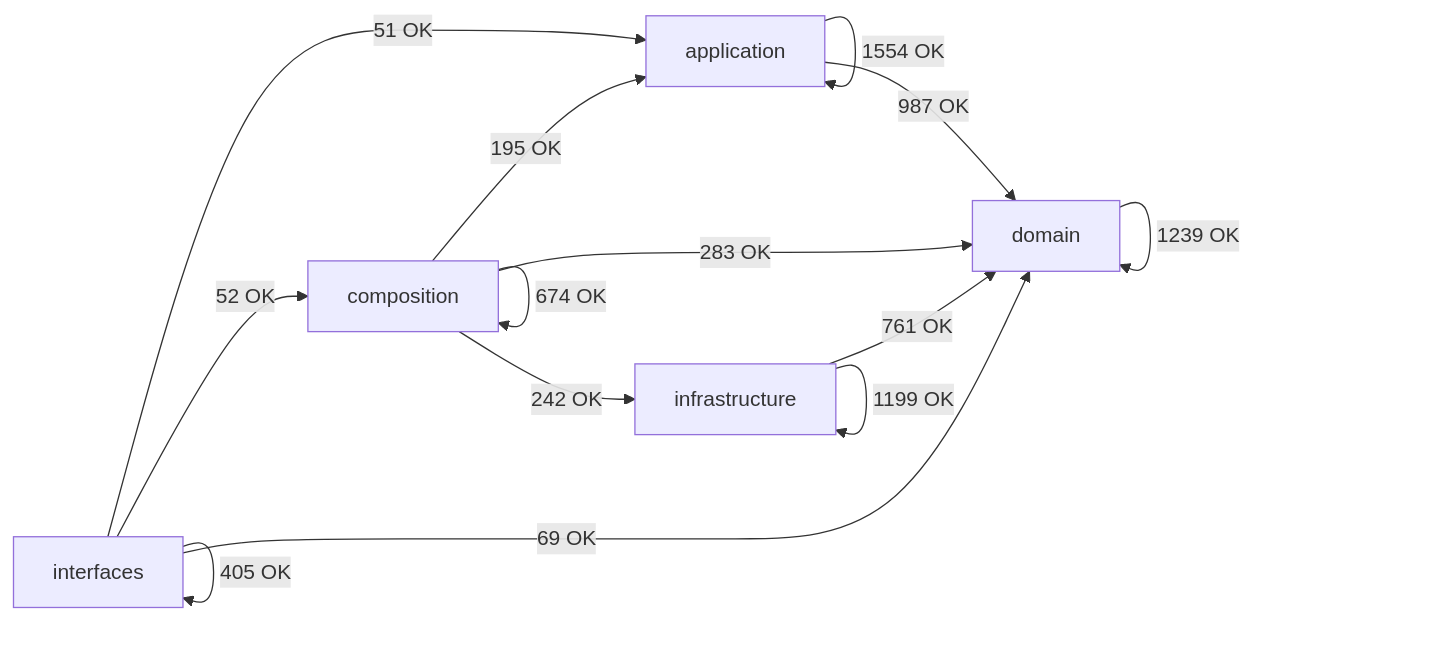
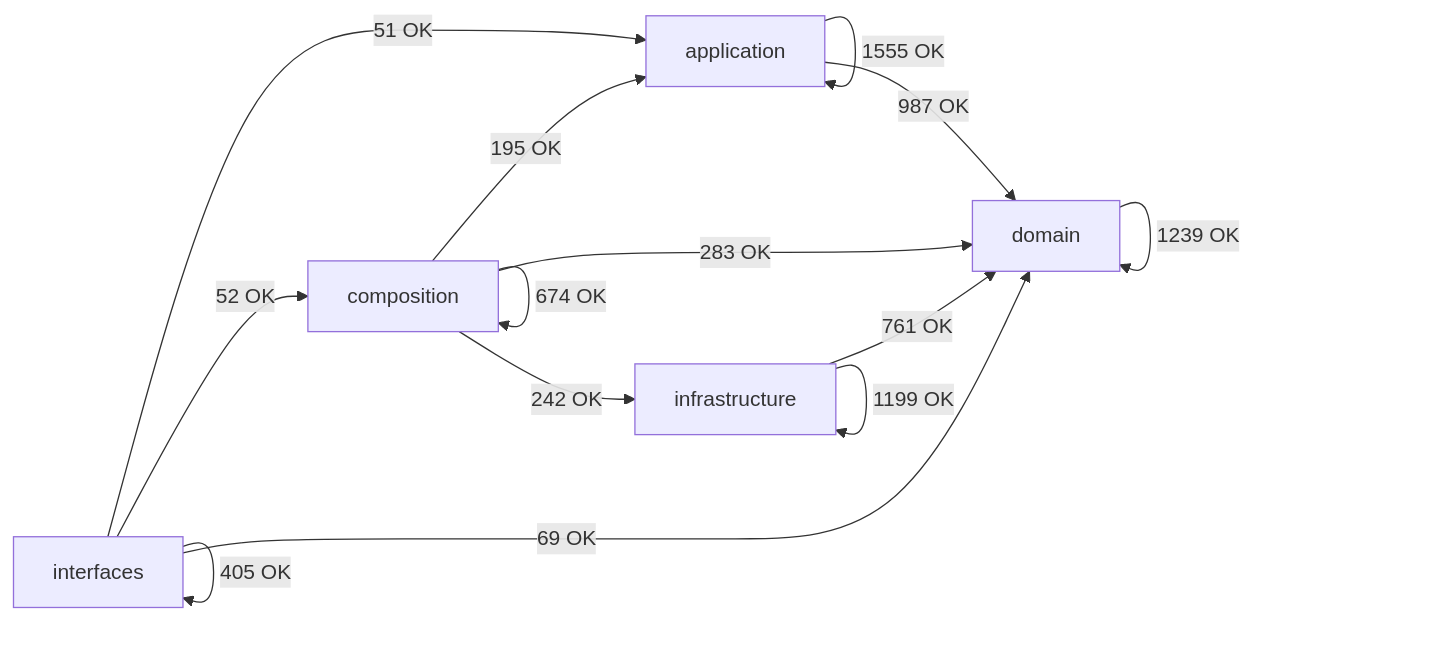
One commit to SatoryKono/BioactivityDataAcquisition changed the diagram in docs/02-architecture/generated/module-dependency-map.md. Above: the diagram before and after it, drawn with Mermaid. The commit also changed other lines of this file and 36 other files, not shown here.

````diff
--- a/docs/02-architecture/generated/module-dependency-map.md
+++ b/docs/02-architecture/generated/module-dependency-map.md
@@ -17,21 +17,21 @@
 ```mermaid
 flowchart LR
     domain[domain]
     application[application]
     infrastructure[infrastructure]
     composition[composition]
     interfaces[interfaces]
-    application -->|1554 OK| application
+    application -->|1555 OK| application
     application -->|987 OK| domain
     composition -->|195 OK| application
     composition -->|674 OK| composition
     composition -->|283 OK| domain
     composition -->|242 OK| infrastructure
     domain -->|1239 OK| domain
     infrastructure -->|761 OK| domain
     infrastructure -->|1199 OK| infrastructure
     interfaces -->|51 OK| application
     interfaces -->|52 OK| composition
     interfaces -->|69 OK| domain
     interfaces -->|405 OK| interfaces
 ```
````
